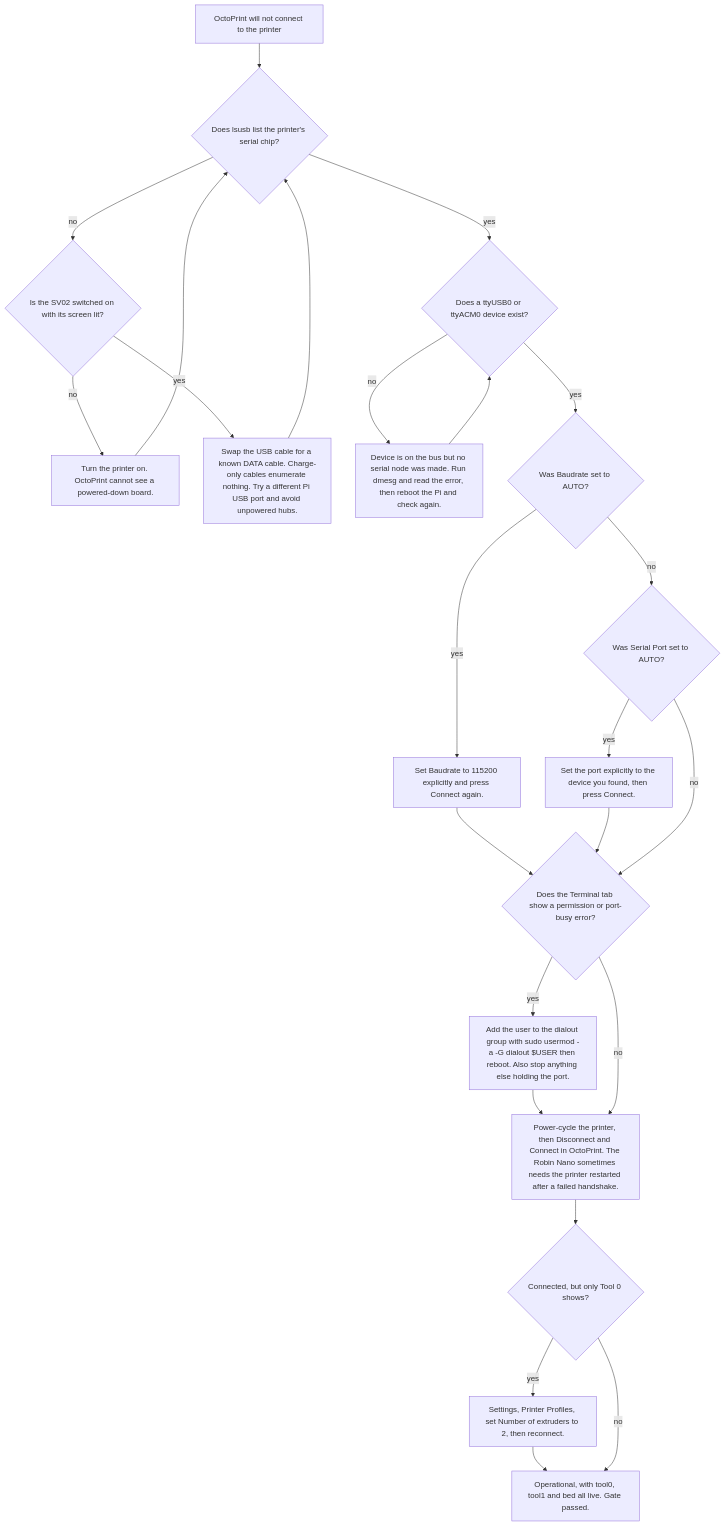
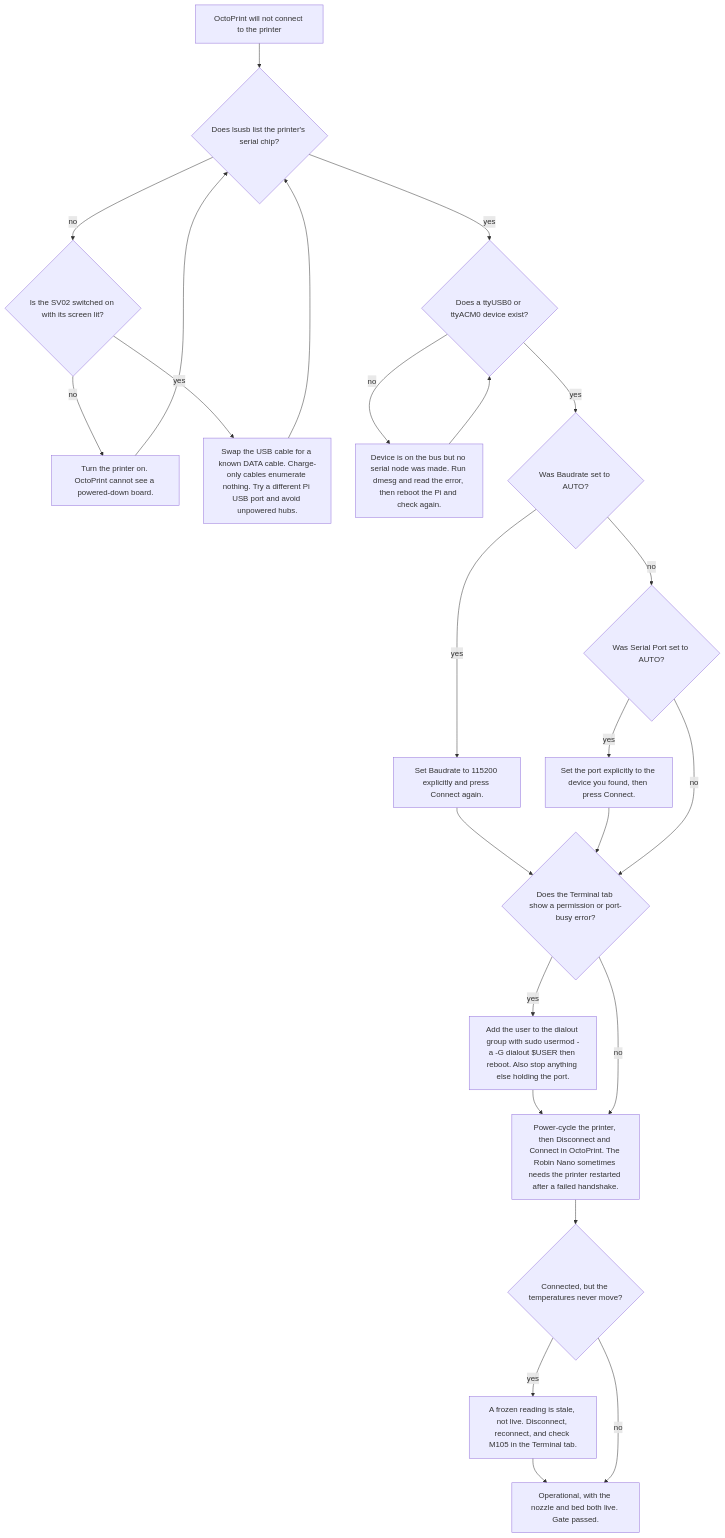
One commit to Bharadhwajreddy/SovolSmart changed the third of 3 diagrams in Documents/03-pi-and-octoprint-runbook.md. Above: the diagram before and after it, drawn with Mermaid. The commit also changed other lines of this file and 29 other files, not shown here.

````diff
--- a/Documents/03-pi-and-octoprint-runbook.md
+++ b/Documents/03-pi-and-octoprint-runbook.md
@@ -557,37 +555,37 @@
 ```mermaid
 flowchart TD
     START["OctoPrint will not connect to the printer"]
     LSUSB{"Does lsusb list the printer's serial chip?"}
     DEV{"Does a ttyUSB0 or ttyACM0 device exist?"}
     POWER{"Is the SV02 switched on with its screen lit?"}
     TURNON["Turn the printer on. OctoPrint cannot see a powered-down board."]
     CABLE["Swap the USB cable for a known DATA cable. Charge-only cables enumerate nothing. Try a different Pi USB port and avoid unpowered hubs."]
     DRIVER["Device is on the bus but no serial node was made. Run dmesg and read the error, then reboot the Pi and check again."]
     AUTOB{"Was Baudrate set to AUTO?"}
     SET115["Set Baudrate to 115200 explicitly and press Connect again."]
     PORT{"Was Serial Port set to AUTO?"}
     SETPORT["Set the port explicitly to the device you found, then press Connect."]
     BUSY{"Does the Terminal tab show a permission or port-busy error?"}
     PERM["Add the user to the dialout group with sudo usermod -a -G dialout $USER then reboot. Also stop anything else holding the port."]
     RESET["Power-cycle the printer, then Disconnect and Connect in OctoPrint. The Robin Nano sometimes needs the printer restarted after a failed handshake."]
-    ONETOOL{"Connected, but only Tool 0 shows?"}
-    PROFILE["Settings, Printer Profiles, set Number of extruders to 2, then reconnect."]
-    GOOD["Operational, with tool0, tool1 and bed all live. Gate passed."]
+    ONETOOL{"Connected, but the temperatures never move?"}
+    PROFILE["A frozen reading is stale, not live. Disconnect, reconnect, and check M105 in the Terminal tab."]
+    GOOD["Operational, with the nozzle and bed both live. Gate passed."]
 
     START --> LSUSB
     LSUSB -- no --> POWER
     POWER -- no --> TURNON --> LSUSB
     POWER -- yes --> CABLE --> LSUSB
     LSUSB -- yes --> DEV
     DEV -- no --> DRIVER --> DEV
     DEV -- yes --> AUTOB
     AUTOB -- yes --> SET115 --> BUSY
     AUTOB -- no --> PORT
     PORT -- yes --> SETPORT --> BUSY
     PORT -- no --> BUSY
     BUSY -- yes --> PERM --> RESET
     BUSY -- no --> RESET
     RESET --> ONETOOL
     ONETOOL -- yes --> PROFILE --> GOOD
     ONETOOL -- no --> GOOD
 ```
````
